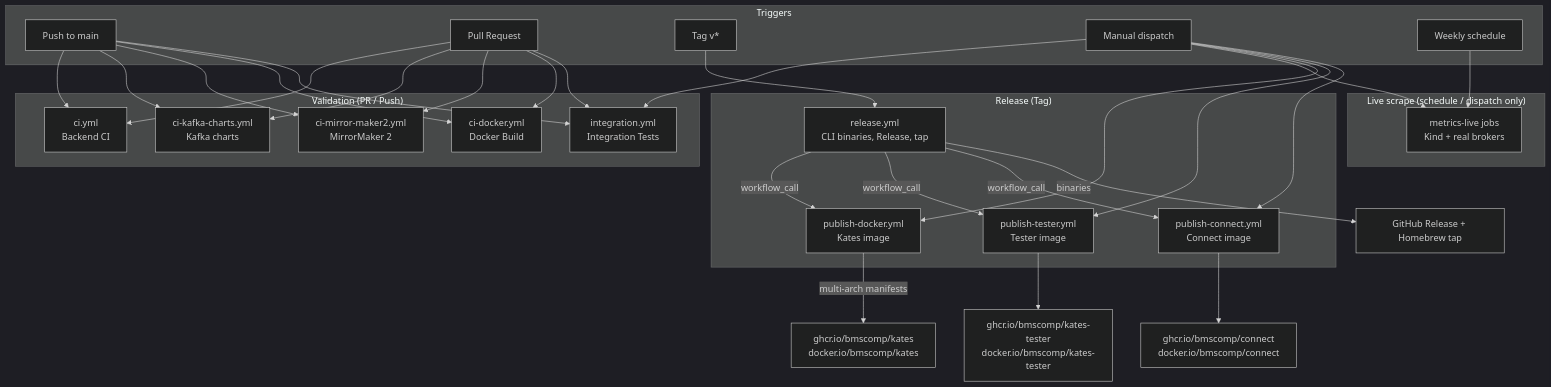
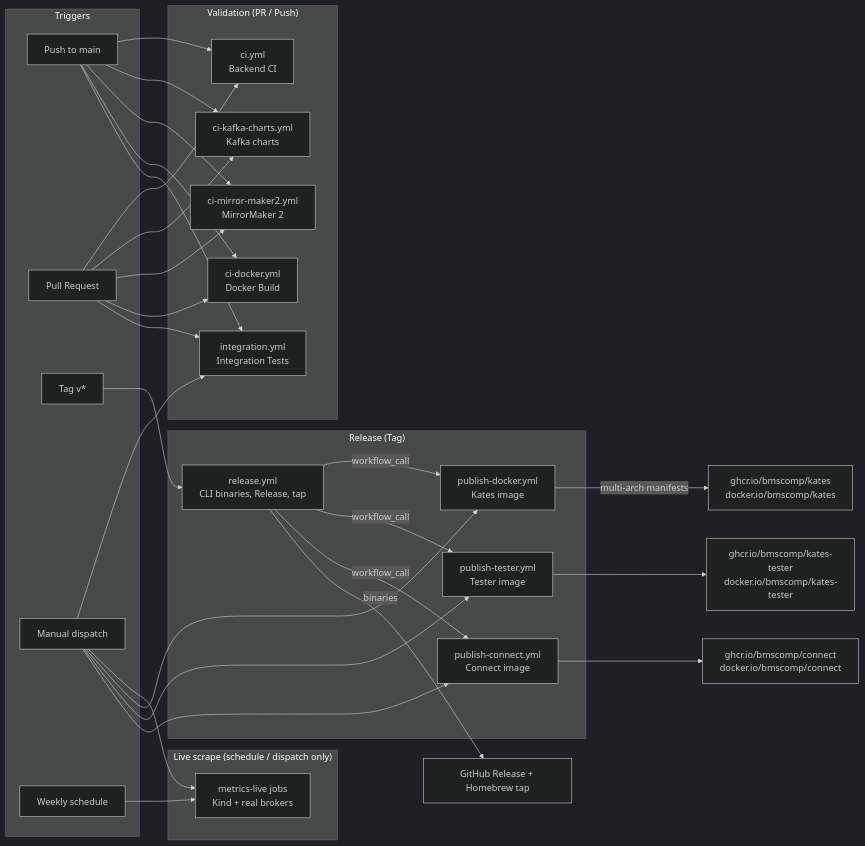
The first of 2 diagrams in docs/book/appendix-c-cicd.md (actions-marketplace-validations/bmscomp_kates), drawn with Mermaid (dark theme) before and after one commit. The commit also changed 21 other files, not shown here.

First line of the commit message:
docs(book): readable code and diagrams, and a light/dark theme (#187)

````diff
--- a/docs/book/appendix-c-cicd.md
+++ b/docs/book/appendix-c-cicd.md
@@ -9,55 +9,55 @@
 ```mermaid
-graph TB
+graph LR
     subgraph Triggers
         Push[Push to main]
         PR[Pull Request]
         Tag[Tag v*]
         Manual[Manual dispatch]
         Sched[Weekly schedule]
     end
 
     subgraph Validation["Validation (PR / Push)"]
         CI[ci.yml<br/>Backend CI]
         CIK[ci-kafka-charts.yml<br/>Kafka charts]
         CIM[ci-mirror-maker2.yml<br/>MirrorMaker 2]
         CID[ci-docker.yml<br/>Docker Build]
         INT[integration.yml<br/>Integration Tests]
     end
 
     subgraph Live["Live scrape (schedule / dispatch only)"]
         ML[metrics-live jobs<br/>Kind + real brokers]
     end
 
     subgraph Release["Release (Tag)"]
         RC[release.yml<br/>CLI binaries, Release, tap]
         PD[publish-docker.yml<br/>Kates image]
         PT[publish-tester.yml<br/>Tester image]
         PC[publish-connect.yml<br/>Connect image]
     end
 
     Push --> CI
     PR --> CI
     Push --> CIK
     PR --> CIK
     Push --> CIM
     PR --> CIM
     Push --> CID
     PR --> CID
     Push --> INT
     PR --> INT
     Manual --> INT
     Sched --> ML
     Manual --> ML
     Tag --> RC
     RC -->|"workflow_call"| PD
     RC -->|"workflow_call"| PT
     RC -->|"workflow_call"| PC
     Manual --> PD
     Manual --> PT
     Manual --> PC
 
     PD -->|"multi-arch manifests"| Registry["ghcr.io/bmscomp/kates<br/>docker.io/bmscomp/kates"]
     PT --> Registry2["ghcr.io/bmscomp/kates-tester<br/>docker.io/bmscomp/kates-tester"]
     PC --> Registry3["ghcr.io/bmscomp/connect<br/>docker.io/bmscomp/connect"]
     RC -->|"binaries"| GHR["GitHub Release + Homebrew tap"]
 ```
````
